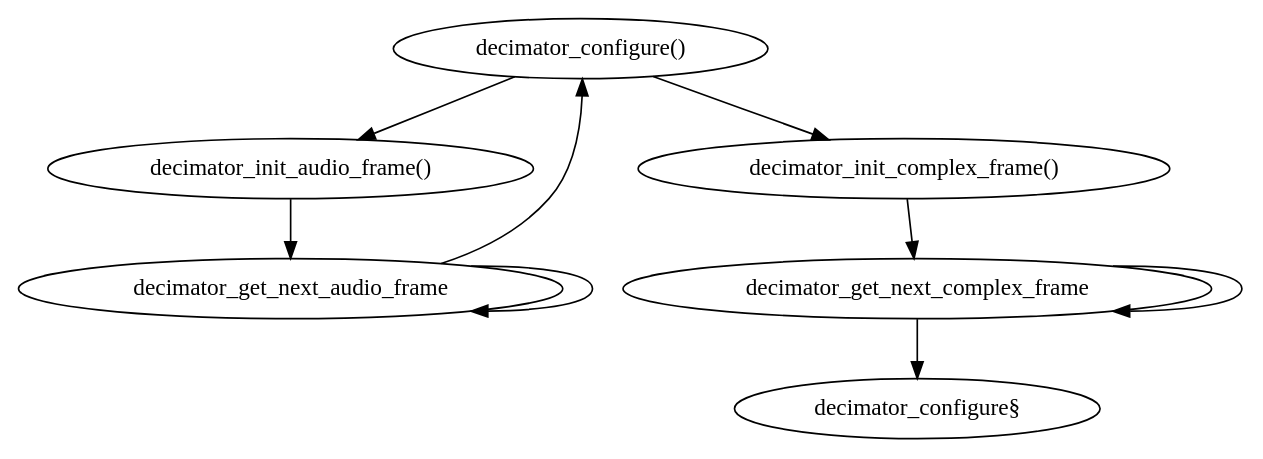
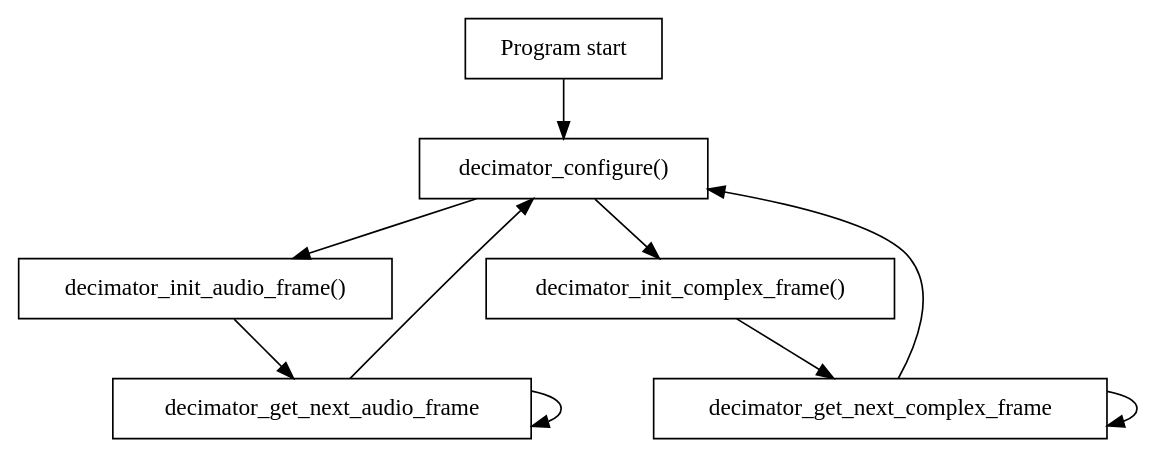
Before and after one commit to xmos/lib_mic_array: the diagram in lib_mic_array/doc/rst/state_machine.dot, drawn with Graphviz.

Commit message:
updated stage machine diagram

```diff
--- a/lib_mic_array/doc/rst/state_machine.dot
+++ b/lib_mic_array/doc/rst/state_machine.dot
@@ -1,20 +1,24 @@
 digraph g {
 	
-	decimator_configure [label="decimator_configure()"];
-	decimator_init_audio [label="decimator_init_audio_frame()"];
-	decimator_get_next_audio_frame [label="decimator_get_next_audio_frame"]; 
-	decimator_init_complex [label="decimator_init_complex_frame()"];
-	decimator_get_next_complex_frame [label="decimator_get_next_complex_frame"]; 
+  program_start [label="Program start", shape=box];
+
+	decimator_configure [label="decimator_configure()", shape=box];
+	decimator_init_audio [label="decimator_init_audio_frame()", shape=box];
+	decimator_get_next_audio_frame [label="decimator_get_next_audio_frame", shape=box]; 
+	decimator_init_complex [label="decimator_init_complex_frame()", shape=box];
+	decimator_get_next_complex_frame [label="decimator_get_next_complex_frame", shape=box]; 
+  
+  program_start -> decimator_configure;
 
 	decimator_configure -> decimator_init_audio;
 	decimator_configure -> decimator_init_complex;
 
 	decimator_init_audio -> decimator_get_next_audio_frame;
 	decimator_get_next_audio_frame -> decimator_get_next_audio_frame;
 	decimator_get_next_audio_frame -> decimator_configure
 
 
 	decimator_init_complex -> decimator_get_next_complex_frame;
 	decimator_get_next_complex_frame -> decimator_get_next_complex_frame;
-	decimator_get_next_complex_frame -> decimator_configure§
+	decimator_get_next_complex_frame -> decimator_configure
 }
```
